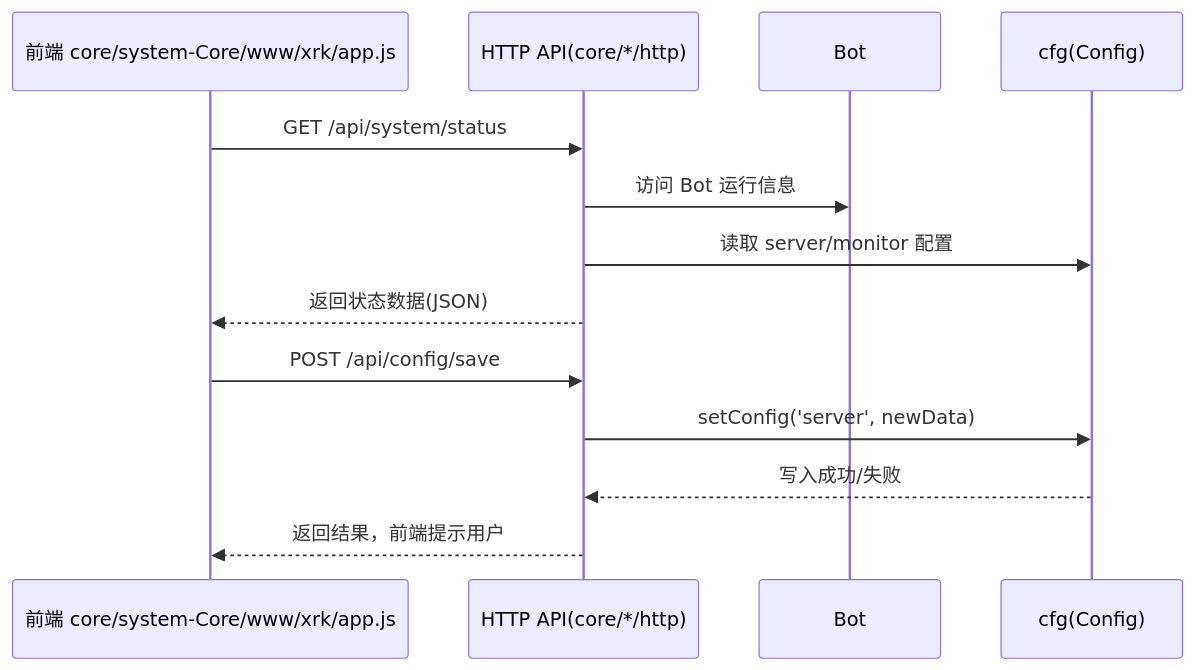
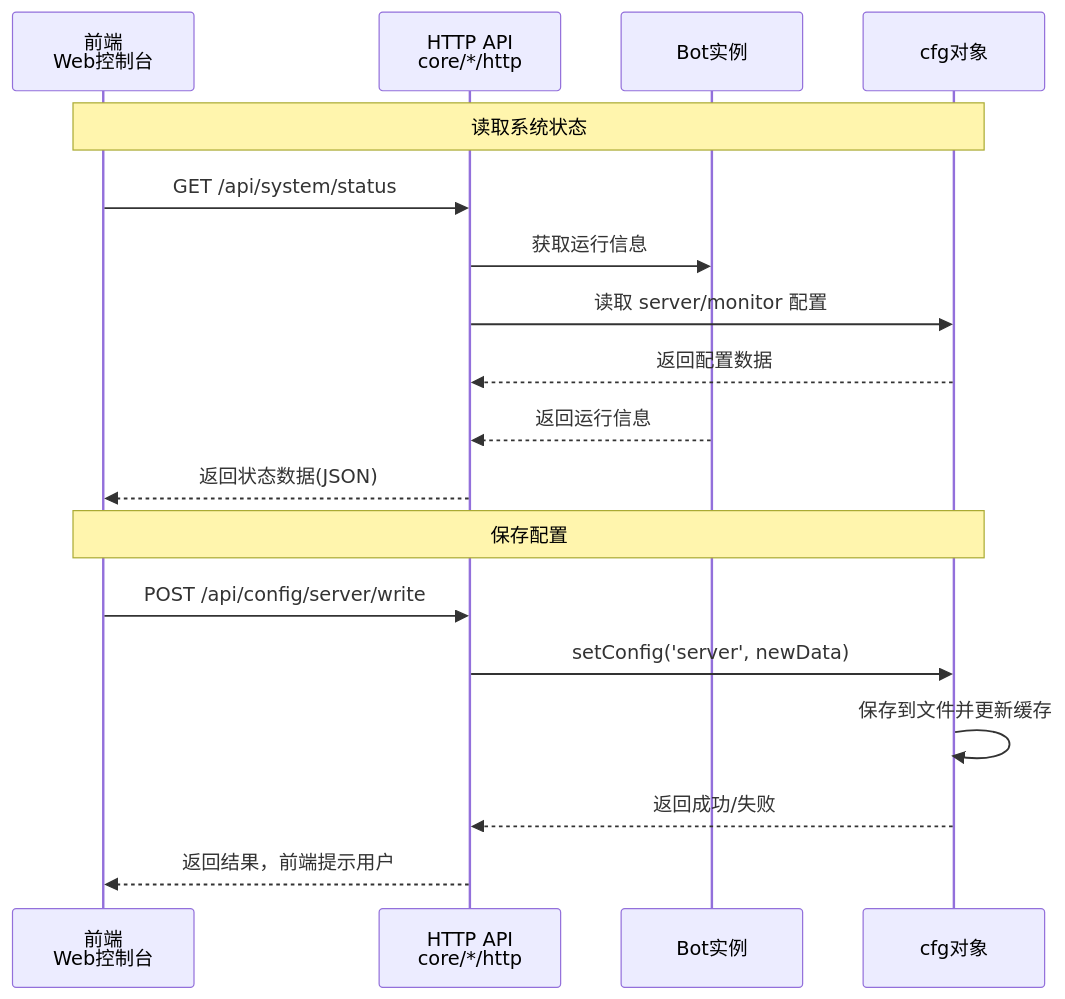
Before and after one commit to sunflowermm/XRK-AGT: the fourth of 9 diagrams in docs/app-dev.md, drawn with Mermaid. The commit also changed other lines of this file and 8 other files, not shown here.

````diff
--- a/docs/app-dev.md
+++ b/docs/app-dev.md
@@ -161,17 +309,22 @@
 ```mermaid
 sequenceDiagram
-  participant FE as 前端 core/system-Core/www/xrk/app.js
-  participant Http as HTTP API(core/*/http)
-  participant Bot as Bot
-  participant Cfg as cfg(Config)
+    participant FE as 前端<br/>Web控制台
+    participant API as HTTP API<br/>core/*/http
+    participant Bot as Bot实例
+    participant Cfg as cfg对象
 
-  FE->>Http: GET /api/system/status
-  Http->>Bot: 访问 Bot 运行信息
-  Http->>Cfg: 读取 server/monitor 配置
-  Http-->>FE: 返回状态数据(JSON)
+    Note over FE,Cfg: 读取系统状态
+    FE->>API: GET /api/system/status
+    API->>Bot: 获取运行信息
+    API->>Cfg: 读取 server/monitor 配置
+    Cfg-->>API: 返回配置数据
+    Bot-->>API: 返回运行信息
+    API-->>FE: 返回状态数据(JSON)
 
-  FE->>Http: POST /api/config/save
-  Http->>Cfg: setConfig('server', newData)
-  Cfg-->>Http: 写入成功/失败
-  Http-->>FE: 返回结果，前端提示用户
+    Note over FE,Cfg: 保存配置
+    FE->>API: POST /api/config/server/write
+    API->>Cfg: setConfig('server', newData)
+    Cfg->>Cfg: 保存到文件并更新缓存
+    Cfg-->>API: 返回成功/失败
+    API-->>FE: 返回结果，前端提示用户
 ```
````
